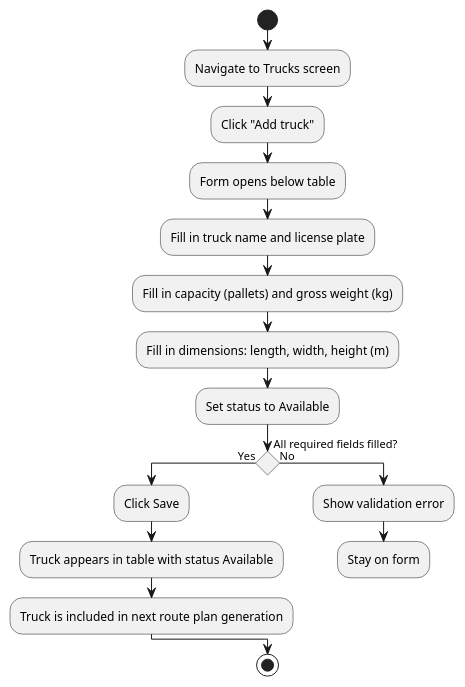
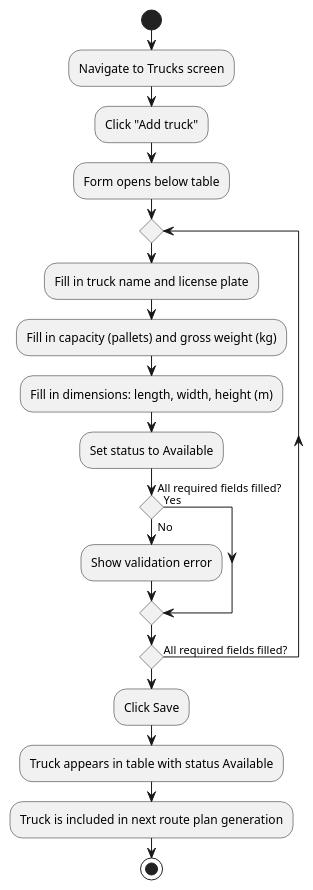
The fourth of 5 diagrams in functional-design/readme.md (softwharee/gradrepo), drawn with PlantUML before and after one commit. The commit also changed other lines of this file and 1 other file, not shown here.

````diff
--- a/functional-design/readme.md
+++ b/functional-design/readme.md
@@ -682,27 +598,28 @@
 ```plantuml
 @startuml
 skinparam conditionStyle diamond
 
 start
 :Navigate to Trucks screen;
 :Click "Add truck";
 :Form opens below table;
 
-:Fill in truck name and license plate;
-:Fill in capacity (pallets) and gross weight (kg);
-:Fill in dimensions: length, width, height (m);
-:Set status to Available;
+repeat
+  :Fill in truck name and license plate;
+  :Fill in capacity (pallets) and gross weight (kg);
+  :Fill in dimensions: length, width, height (m);
+  :Set status to Available;
 
-if (All required fields filled?) then (Yes)
-  :Click Save;
-  :Truck appears in table with status Available;
-  :Truck is included in next route plan generation;
-else (No)
-  :Show validation error;
-  :Stay on form;
-  detach
-endif
+  if (All required fields filled?) then (Yes)
+  else (No)
+    :Show validation error;
+  endif
+repeat while (All required fields filled?) is (No)
+
+:Click Save;
+:Truck appears in table with status Available;
+:Truck is included in next route plan generation;
 
 stop
 @enduml
 ```
````
